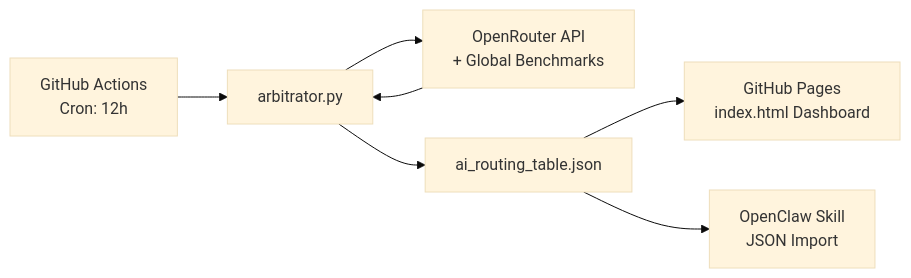
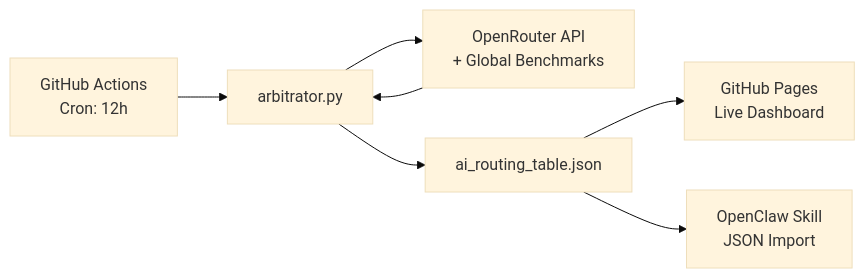
The diagram in README.md (filokloi/AIchain), drawn with Mermaid (base theme) before and after one commit. The commit also changed other lines of this file and 1 other file, not shown here.

````diff
--- a/README.md
+++ b/README.md
@@ -23,9 +56,9 @@
 ```mermaid
 graph LR
     A[GitHub Actions<br/>Cron: 12h] --> B[arbitrator.py]
     B --> C[OpenRouter API<br/>+ Global Benchmarks]
     C --> B
     B --> D[ai_routing_table.json]
-    D --> E[GitHub Pages<br/>index.html Dashboard]
+    D --> E[GitHub Pages<br/>Live Dashboard]
     D --> F[OpenClaw Skill<br/>JSON Import]
 ```
````
